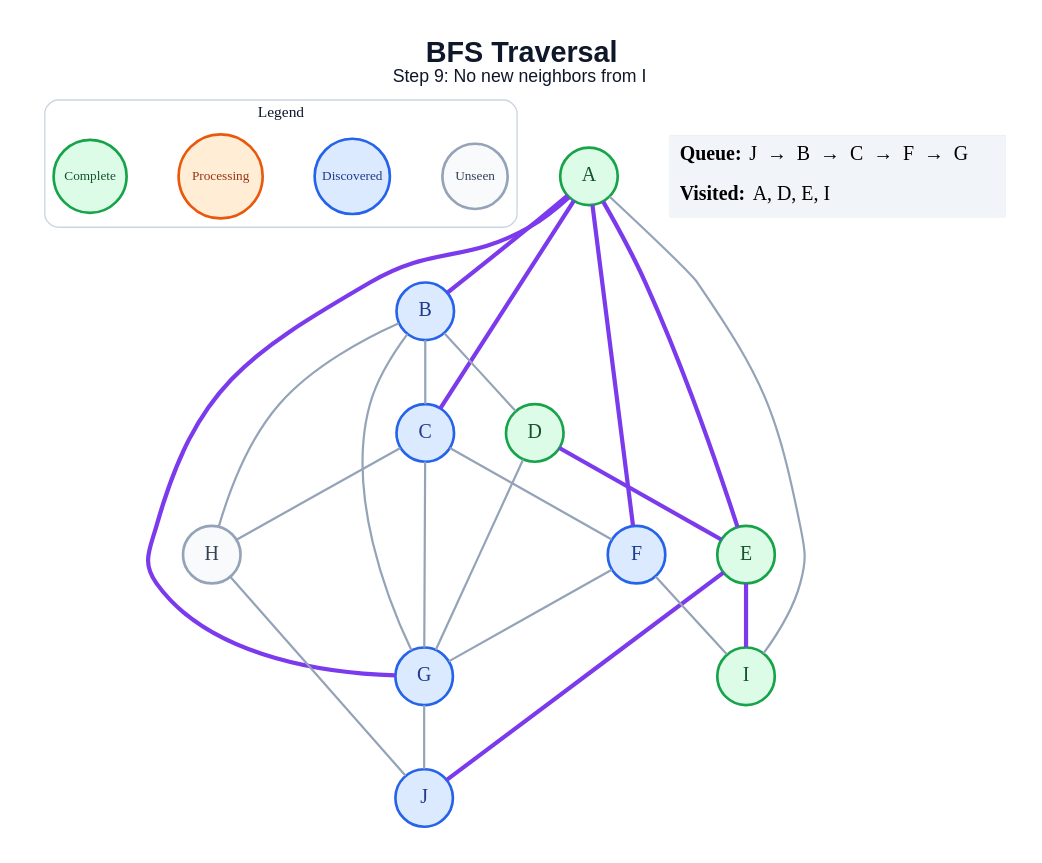
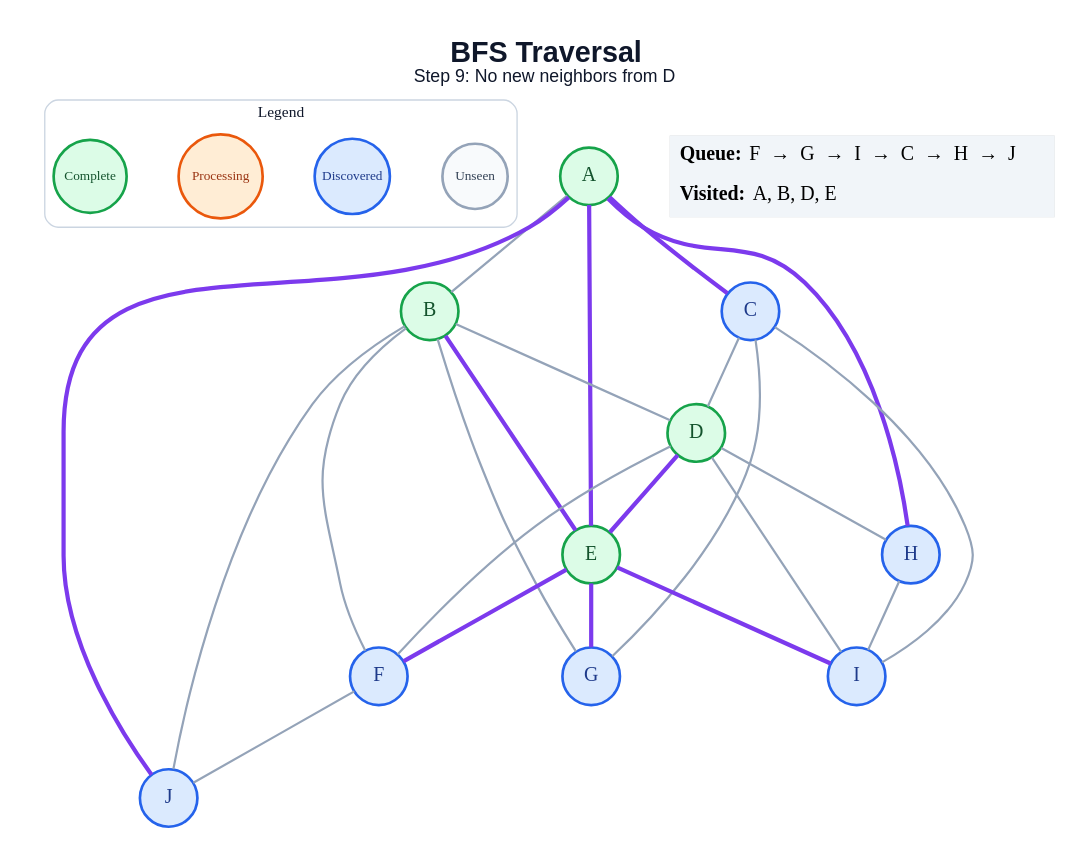
The diagram in generated/specific-node/bfs/step_09.dot (amanghodawala9/ai-slop), drawn with Graphviz before and after one commit. The commit also changed 178 other files, not shown here.

```diff
--- a/generated/specific-node/bfs/step_09.dot
+++ b/generated/specific-node/bfs/step_09.dot
@@ -1,50 +1,51 @@
 graph traversal {
   graph [layout=dot, rankdir=TB, bgcolor="#FFFFFF", pad="0.35", nodesep="0.65", ranksep="0.8", fontname="Arial"];
   node [shape=circle, style="filled", fontname="Arial Bold", fontsize=18, width=0.72, fixedsize=true, penwidth=2.4];
   edge [color="#94A3B8", penwidth=2.0];
-  label=<<B>BFS Traversal</B><BR/><FONT POINT-SIZE="16">Step 9: No new neighbors from I</FONT>>; labelloc="t"; fontsize=26; fontname="Arial"; fontcolor="#0F172A";
+  label=<<B>BFS Traversal</B><BR/><FONT POINT-SIZE="16">Step 9: No new neighbors from D</FONT>>; labelloc="t"; fontsize=26; fontname="Arial"; fontcolor="#0F172A";
   subgraph cluster_legend { label="Legend"; color="#CBD5E1"; penwidth=1.2; style="rounded"; fontsize=14; fontname="Arial Bold";
     key_unseen [label="Unseen", fillcolor="#F8FAFC", color="#94A3B8", fontcolor="#334155", fontsize=12, width=0.82];
     key_frontier [label="Discovered", fillcolor="#DBEAFE", color="#2563EB", fontcolor="#1E3A8A", fontsize=12, width=0.95];
     key_current [label="Processing", fillcolor="#FFEDD5", color="#EA580C", fontcolor="#9A3412", fontsize=12, width=1.05];
     key_done [label="Complete", fillcolor="#DCFCE7", color="#16A34A", fontcolor="#14532D", fontsize=12, width=0.92];
     { rank=same; key_unseen; key_frontier; key_current; key_done; }
   }
   A [fillcolor="#DCFCE7", color="#16A34A", fontcolor="#14532D"];
-  B [fillcolor="#DBEAFE", color="#2563EB", fontcolor="#1E3A8A"];
+  B [fillcolor="#DCFCE7", color="#16A34A", fontcolor="#14532D"];
   C [fillcolor="#DBEAFE", color="#2563EB", fontcolor="#1E3A8A"];
   D [fillcolor="#DCFCE7", color="#16A34A", fontcolor="#14532D"];
   E [fillcolor="#DCFCE7", color="#16A34A", fontcolor="#14532D"];
   F [fillcolor="#DBEAFE", color="#2563EB", fontcolor="#1E3A8A"];
   G [fillcolor="#DBEAFE", color="#2563EB", fontcolor="#1E3A8A"];
-  H [fillcolor="#F8FAFC", color="#94A3B8", fontcolor="#334155"];
-  I [fillcolor="#DCFCE7", color="#16A34A", fontcolor="#14532D"];
+  H [fillcolor="#DBEAFE", color="#2563EB", fontcolor="#1E3A8A"];
+  I [fillcolor="#DBEAFE", color="#2563EB", fontcolor="#1E3A8A"];
   J [fillcolor="#DBEAFE", color="#2563EB", fontcolor="#1E3A8A"];
-  A -- B [color="#7C3AED", penwidth=3.8];
+  A -- B;
   A -- C [color="#7C3AED", penwidth=3.8];
   A -- E [color="#7C3AED", penwidth=3.8];
-  A -- F [color="#7C3AED", penwidth=3.8];
-  A -- G [color="#7C3AED", penwidth=3.8];
-  A -- I;
-  B -- C;
+  A -- H [color="#7C3AED", penwidth=3.8];
+  A -- J [color="#7C3AED", penwidth=3.8];
   B -- D;
+  B -- E [color="#7C3AED", penwidth=3.8];
+  B -- F;
   B -- G;
-  B -- H;
-  C -- F;
+  B -- J;
+  C -- D;
   C -- G;
-  C -- H;
+  C -- I;
   D -- E [color="#7C3AED", penwidth=3.8];
-  D -- G;
+  D -- F;
+  D -- H;
+  D -- I;
+  E -- F [color="#7C3AED", penwidth=3.8];
+  E -- G [color="#7C3AED", penwidth=3.8];
   E -- I [color="#7C3AED", penwidth=3.8];
-  E -- J [color="#7C3AED", penwidth=3.8];
-  F -- G;
-  F -- I;
-  G -- J;
-  H -- J;
+  F -- J;
+  H -- I;
   status [shape=plain, fixedsize=false, width=0, height=0, margin=0, label=<
     <TABLE BORDER="0" CELLBORDER="0" CELLPADDING="7" BGCOLOR="#F1F5F9">
-      <TR><TD ALIGN="LEFT"><B>Queue:</B> J  →  B  →  C  →  F  →  G</TD></TR>
-      <TR><TD ALIGN="LEFT"><B>Visited:</B> A, D, E, I</TD></TR>
+      <TR><TD ALIGN="LEFT"><B>Queue:</B> F  →  G  →  I  →  C  →  H  →  J</TD></TR>
+      <TR><TD ALIGN="LEFT"><B>Visited:</B> A, B, D, E</TD></TR>
     </TABLE>
   >];
 }
```
